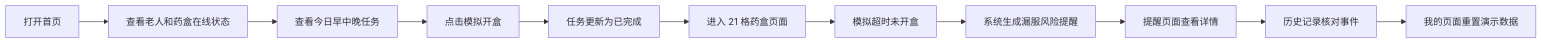
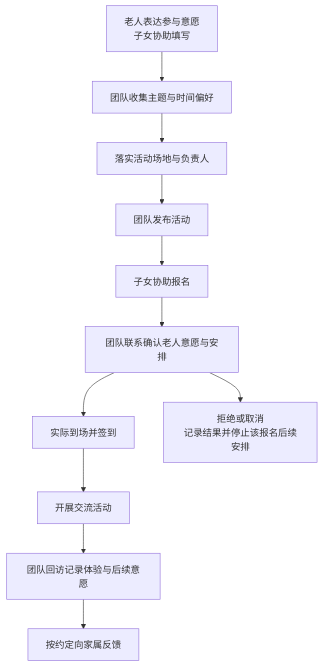
One commit to lang-zhu-feng/smart-pillbox changed the fourth of 4 diagrams in 项目文档/系统流程图设计.md. Above: the diagram before and after it, drawn with Mermaid. The commit also changed other lines of this file and 71 other files, not shown here.

````diff
--- a/项目文档/系统流程图设计.md
+++ b/项目文档/系统流程图设计.md
@@ -119,13 +71,13 @@
 ```mermaid
-flowchart LR
-    A[打开首页] --> B[查看老人和药盒在线状态]
-    B --> C[查看今日早中晚任务]
-    C --> D[点击模拟开盒]
-    D --> E[任务更新为已完成]
-    E --> F[进入 21 格药盒页面]
-    F --> G[模拟超时未开盒]
-    G --> H[系统生成漏服风险提醒]
-    H --> I[提醒页面查看详情]
-    I --> J[历史记录核对事件]
-    J --> K[我的页面重置演示数据]
+flowchart TD
+    A[老人表达参与意愿<br/>子女协助填写] --> B[团队收集主题与时间偏好]
+    B --> C[落实活动场地与负责人]
+    C --> D[团队发布活动]
+    D --> E[子女协助报名]
+    E --> F[团队联系确认老人意愿与安排]
+    F --> G[实际到场并签到]
+    G --> H[开展交流活动]
+    H --> I[团队回访记录体验与后续意愿]
+    I --> J[按约定向家属反馈]
+    F --> K[拒绝或取消<br/>记录结果并停止该报名后续安排]
 ```
````
